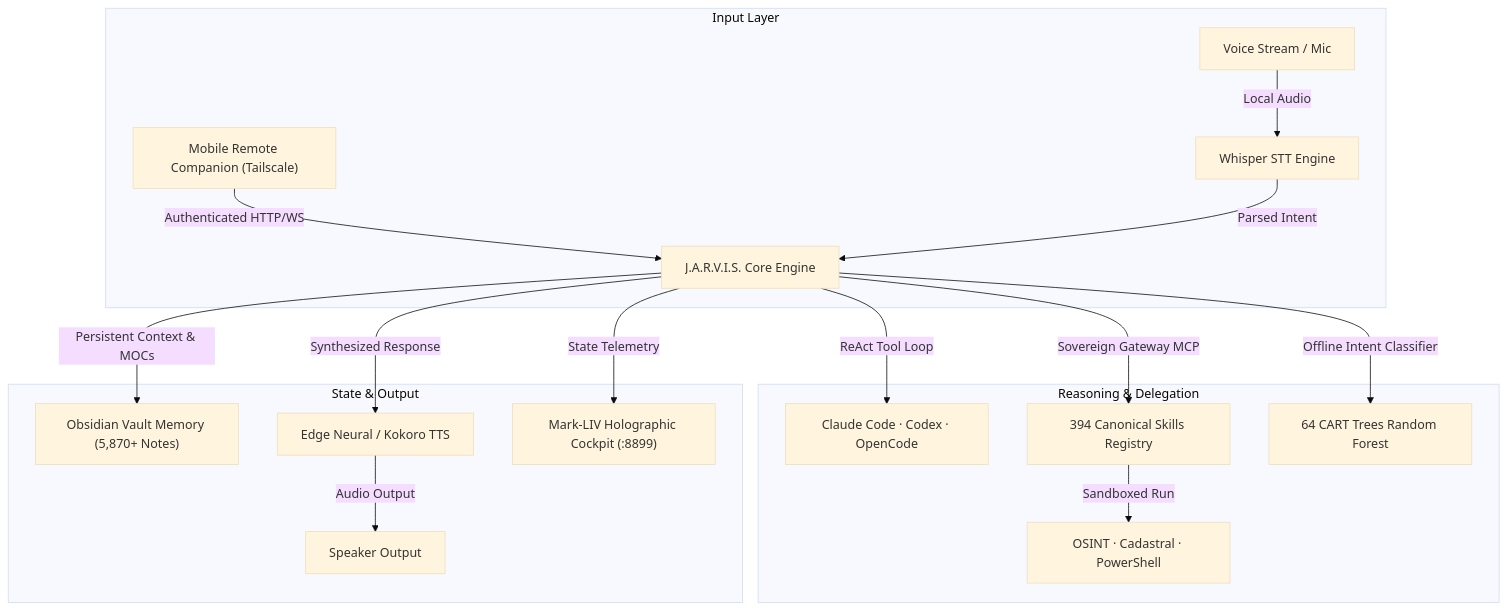
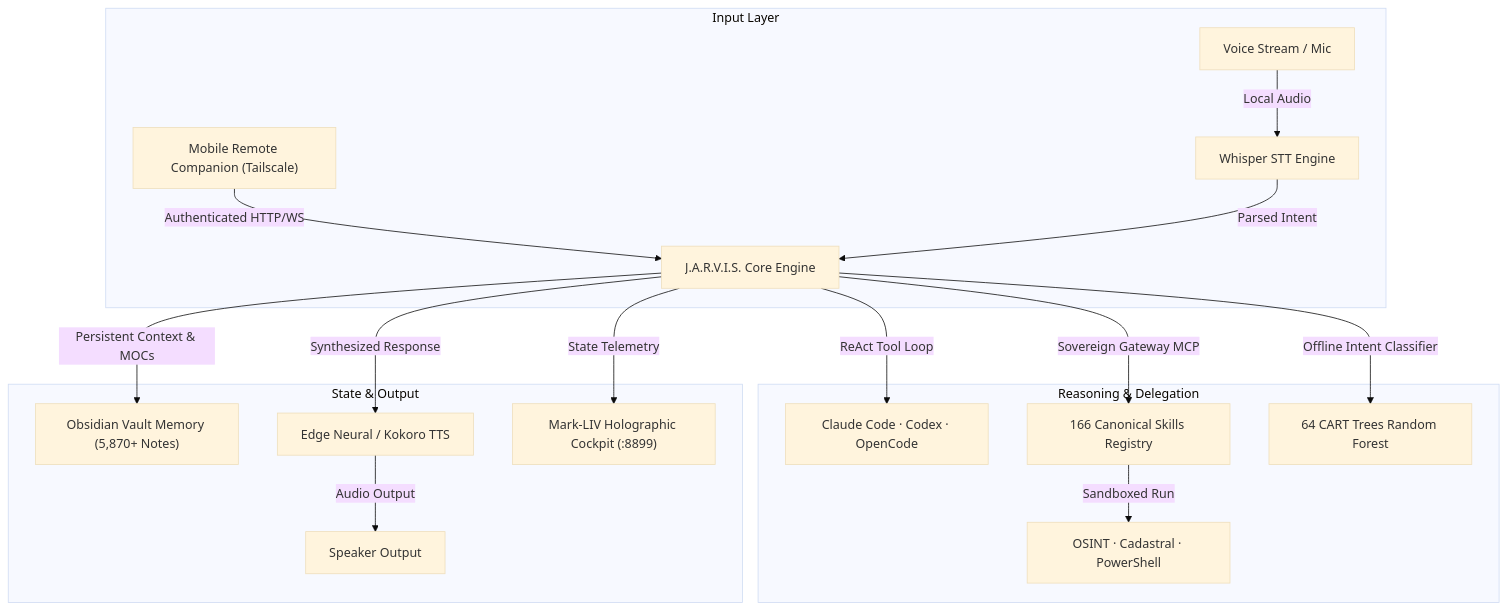
The third of 4 diagrams in README.md (robertoatila/jarvis-skill-registry), drawn with Mermaid (base theme) before and after one commit. The commit also changed other lines of this file and 16 other files, not shown here.

````diff
--- a/README.md
+++ b/README.md
@@ -149,22 +149,22 @@
 ```mermaid
 flowchart TD
     subgraph INP["Input Layer"]
         A["Voice Stream / Mic"] -->|Local Audio| B["Whisper STT Engine"]
         R["Mobile Remote Companion (Tailscale)"] -->|Authenticated HTTP/WS| C["J.A.R.V.I.S. Core Engine"]
         B -->|Parsed Intent| C
     end
 
     subgraph REA["Reasoning & Delegation"]
         C -->|ReAct Tool Loop| D["Claude Code · Codex · OpenCode"]
-        C -->|Sovereign Gateway MCP| E["394 Canonical Skills Registry"]
+        C -->|Sovereign Gateway MCP| E["166 Canonical Skills Registry"]
         C -->|Offline Intent Classifier| CLF["64 CART Trees Random Forest"]
         E -->|Sandboxed Run| F["OSINT · Cadastral · PowerShell"]
     end
 
     subgraph OUT["State & Output"]
         C -->|Persistent Context & MOCs| G["Obsidian Vault Memory (5,870+ Notes)"]
         C -->|Synthesized Response| H["Edge Neural / Kokoro TTS"]
         H -->|Audio Output| I["Speaker Output"]
         C -->|State Telemetry| J["Mark-LIV Holographic Cockpit (:8899)"]
     end
 ```
````
